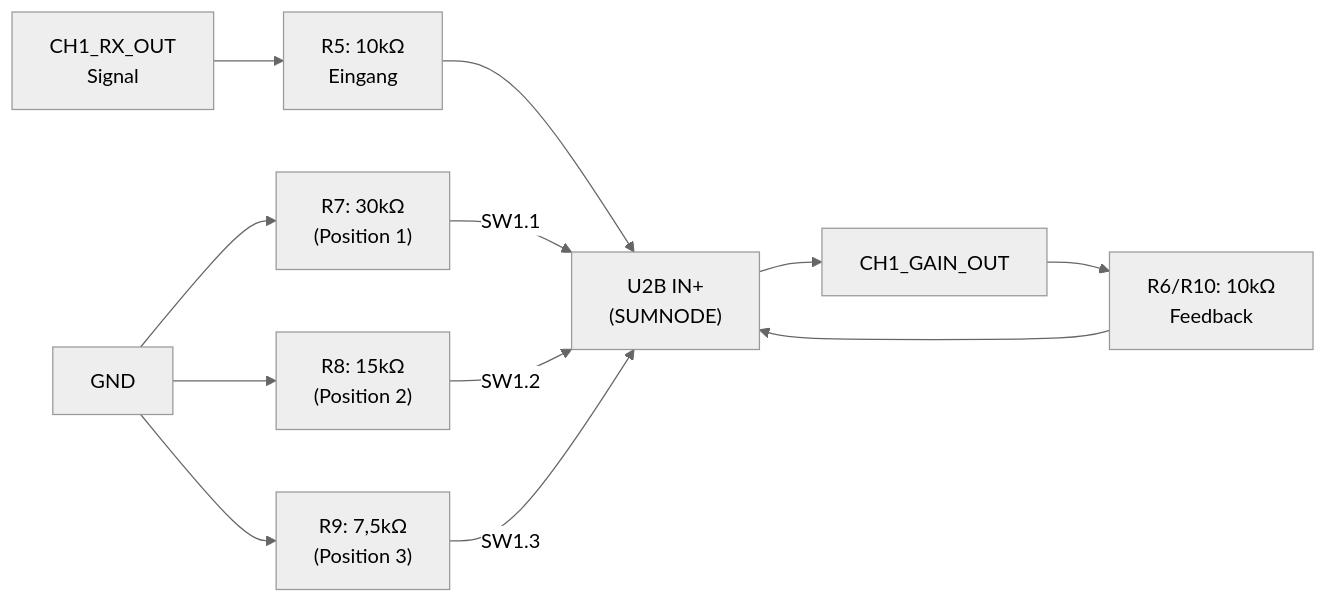
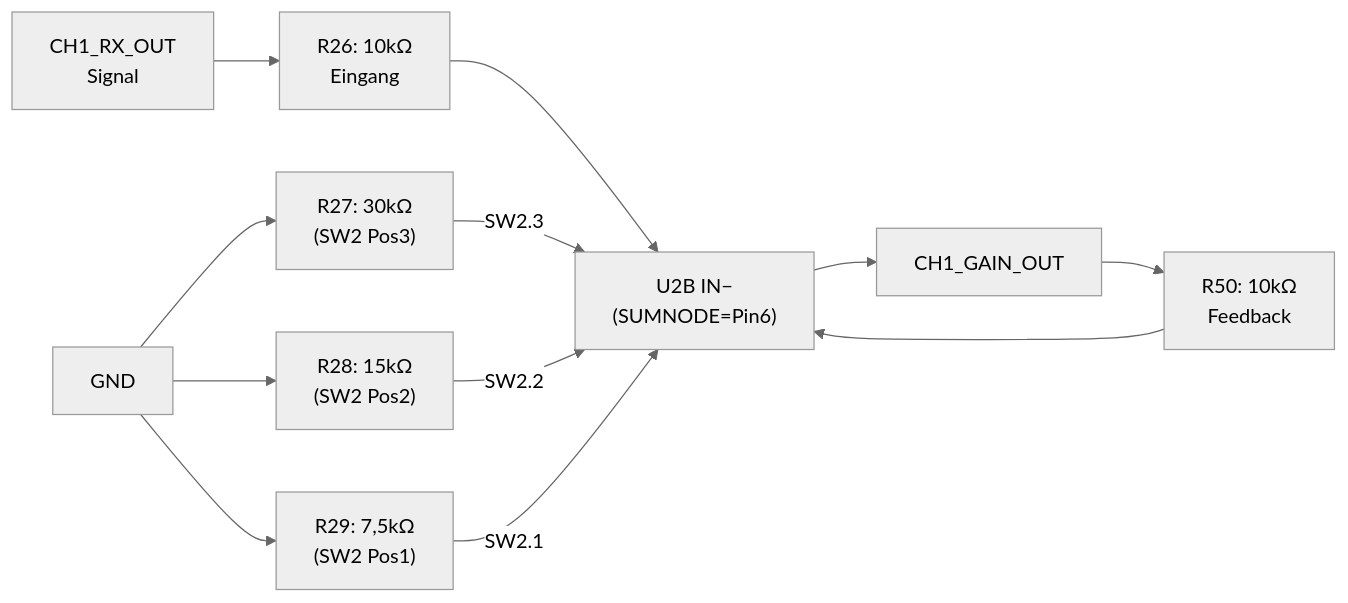
Before and after one commit to jpsamuelson/aurora-icepower-booster: diagram 11 of 11 in README.md, drawn with Mermaid (neutral theme). The commit also changed other lines of this file, not shown here.

First line of the commit message:
fix(readme): 📝 correct pin references and switch labels in diagrams

````diff
--- a/README.md
+++ b/README.md
@@ -499,22 +499,22 @@
 ```mermaid
 graph LR
     SIG["CH1_RX_OUT\nSignal"]
-    R5["R5: 10kΩ\nEingang"]
-    R7["R7: 30kΩ\n(Position 1)"]
-    R8["R8: 15kΩ\n(Position 2)"]
-    R9["R9: 7,5kΩ\n(Position 3)"]
+    R26["R26: 10kΩ\nEingang"]
+    R27["R27: 30kΩ\n(SW2 Pos3)"]
+    R28["R28: 15kΩ\n(SW2 Pos2)"]
+    R29["R29: 7,5kΩ\n(SW2 Pos1)"]
     GND["GND"]
-    OP["U2B IN+\n(SUMNODE)"]
-    RF["R6/R10: 10kΩ\nFeedback"]
+    OP["U2B IN−\n(SUMNODE=Pin6)"]
+    RF["R50: 10kΩ\nFeedback"]
     OUT["CH1_GAIN_OUT"]
 
-    SIG --> R5 --> OP
-    R7 -->|"SW1.1"| OP
-    R8 -->|"SW1.2"| OP
-    R9 -->|"SW1.3"| OP
-    GND --> R7
-    GND --> R8
-    GND --> R9
+    SIG --> R26 --> OP
+    R27 -->|"SW2.3"| OP
+    R28 -->|"SW2.2"| OP
+    R29 -->|"SW2.1"| OP
+    GND --> R27
+    GND --> R28
+    GND --> R29
     OUT --> RF --> OP
     OP --> OUT
 ```
````
